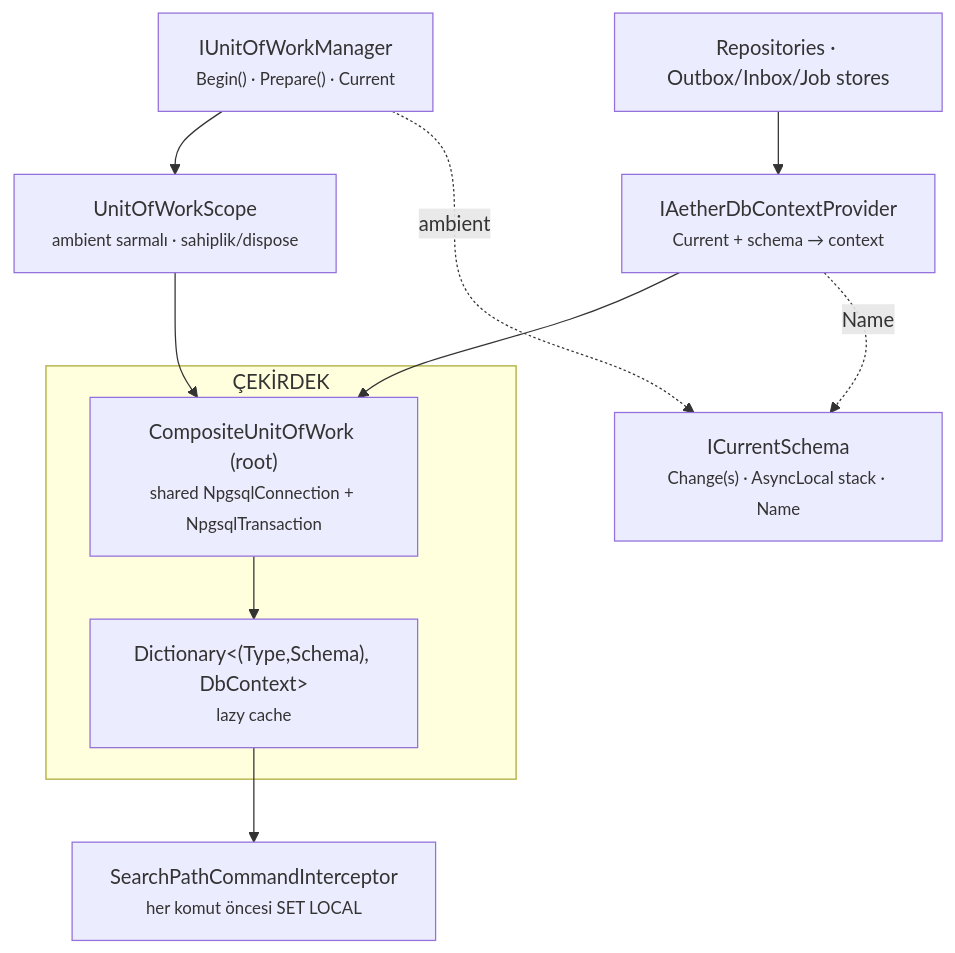
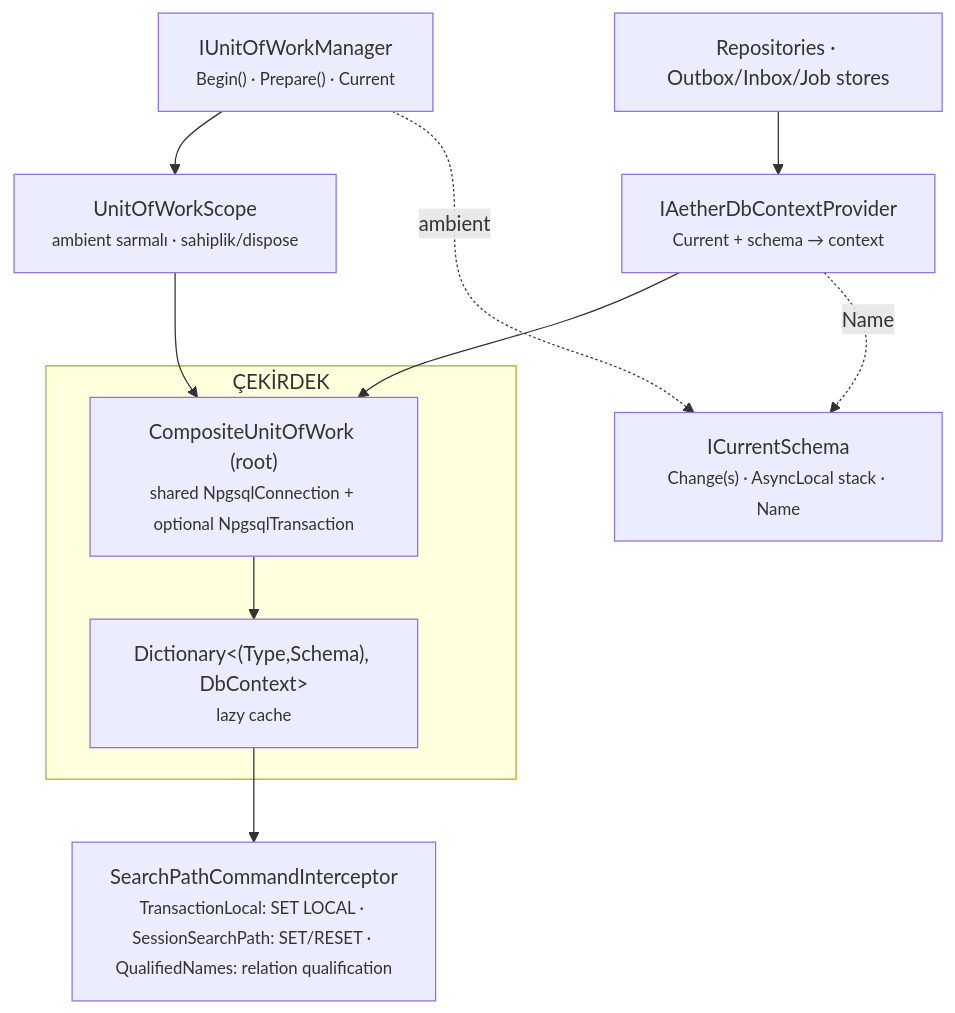
Before and after one commit to burgan-tech/aether: the diagram in framework/docs/multi-schema/ADOPTION-GUIDE.md, drawn with Mermaid. The commit also changed other lines of this file and 2 other files, not shown here.

Commit message:
docs: clarify schema modes and suppressed scopes

````diff
--- a/framework/docs/multi-schema/ADOPTION-GUIDE.md
+++ b/framework/docs/multi-schema/ADOPTION-GUIDE.md
@@ -293,20 +294,20 @@
 ```mermaid
 flowchart TB
     CS["ICurrentSchema<br/><small>Change(s) · AsyncLocal stack · Name</small>"]
     MGR["IUnitOfWorkManager<br/><small>Begin() · Prepare() · Current</small>"]
     subgraph CORE["ÇEKİRDEK"]
-      CUOW["CompositeUnitOfWork (root)<br/><small>shared NpgsqlConnection + NpgsqlTransaction</small>"]
+      CUOW["CompositeUnitOfWork (root)<br/><small>shared NpgsqlConnection + optional NpgsqlTransaction</small>"]
       CACHE["Dictionary&lt;(Type,Schema), DbContext&gt;<br/><small>lazy cache</small>"]
     end
     SCOPE["UnitOfWorkScope<br/><small>ambient sarmalı · sahiplik/dispose</small>"]
     PROV["IAetherDbContextProvider<br/><small>Current + schema → context</small>"]
-    INT["SearchPathCommandInterceptor<br/><small>her komut öncesi SET LOCAL</small>"]
+    INT["SearchPathCommandInterceptor<br/><small>TransactionLocal: SET LOCAL · SessionSearchPath: SET/RESET · QualifiedNames: relation qualification</small>"]
     REPO["Repositories · Outbox/Inbox/Job stores"]
 
     MGR --> SCOPE --> CUOW --> CACHE
     MGR -.->|ambient| CS
     PROV --> CUOW
     REPO --> PROV
     CACHE --> INT
     PROV -.->|Name| CS
 ```
````
